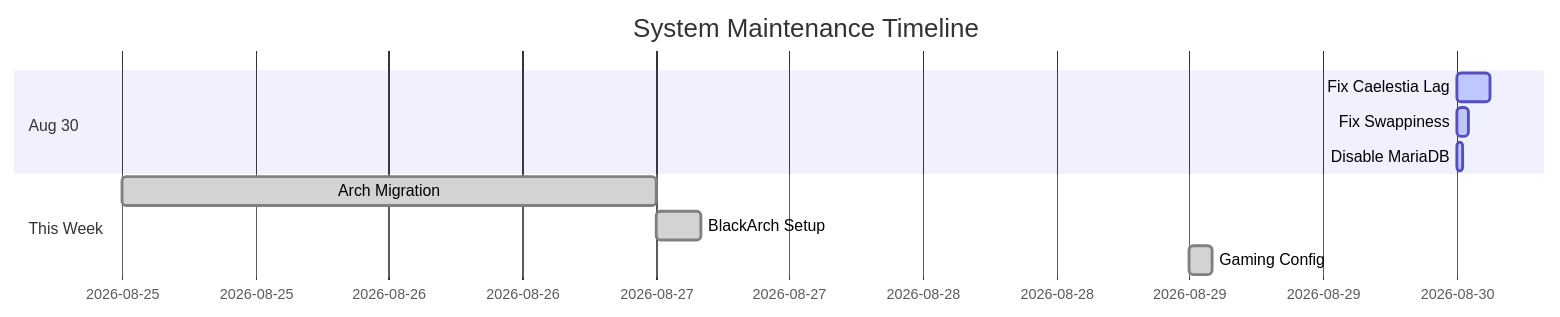
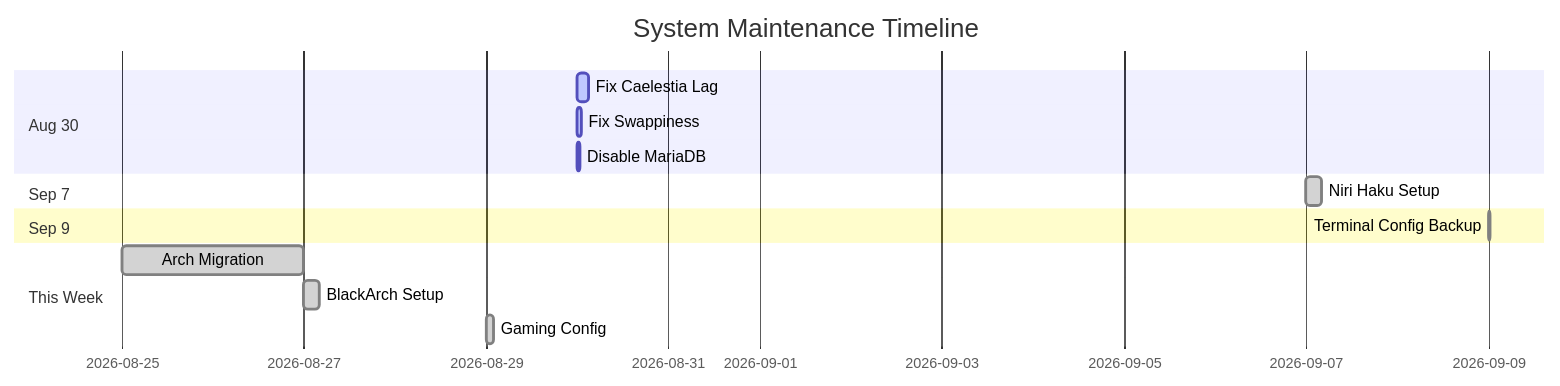
The fourth of 9 diagrams in Map of Content.md (444Nazky/My-Vault), drawn with Mermaid before and after one commit. The commit also changed other lines of this file and 27 other files, not shown here.

````diff
--- a/Map of Content.md
+++ b/Map of Content.md
@@ -91,15 +93,21 @@
 ```mermaid
 gantt
     dateFormat  YYYY-MM-DD
     title System Maintenance Timeline
     
     section Aug 30
     Fix Caelestia Lag      :active, 2026-08-30, 3h
     Fix Swappiness        :active, 2026-08-30, 1h
     Disable MariaDB       :active, 2026-08-30, 30m
     
+    section Sep 7
+    Niri Haku Setup        :done, 2026-09-07, 4h
+    
+    section Sep 9
+    Terminal Config Backup :done, 2026-09-09, 30m
+    
     section This Week
     Arch Migration      :done, 2026-08-25, 2d
     BlackArch Setup     :done, 2026-08-27, 4h
     Gaming Config       :done, 2026-08-29, 2h
 ```
````
